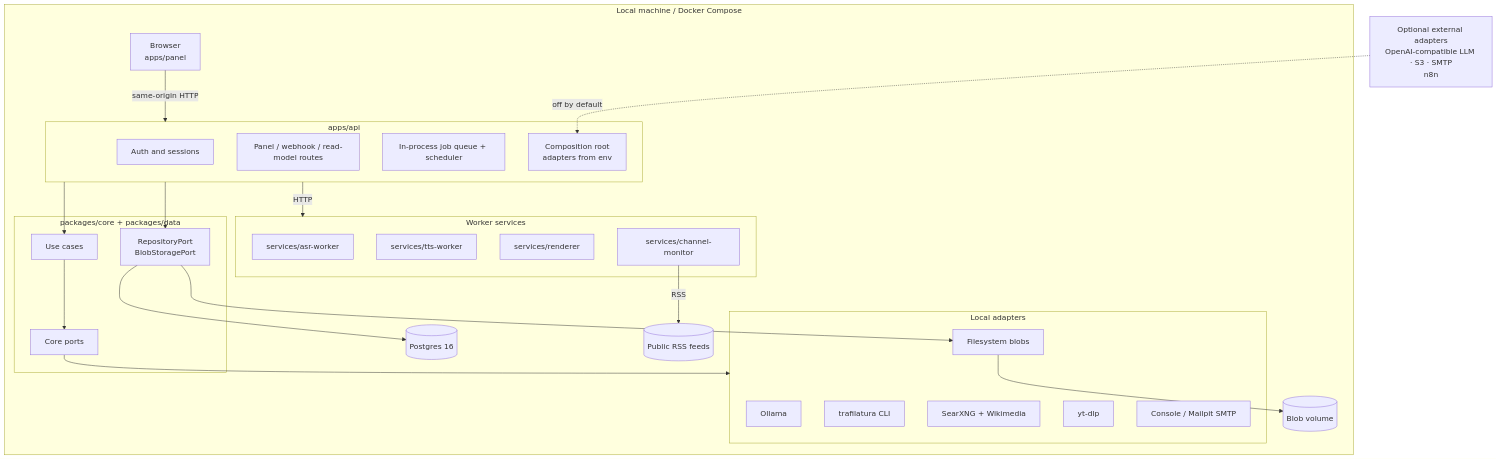
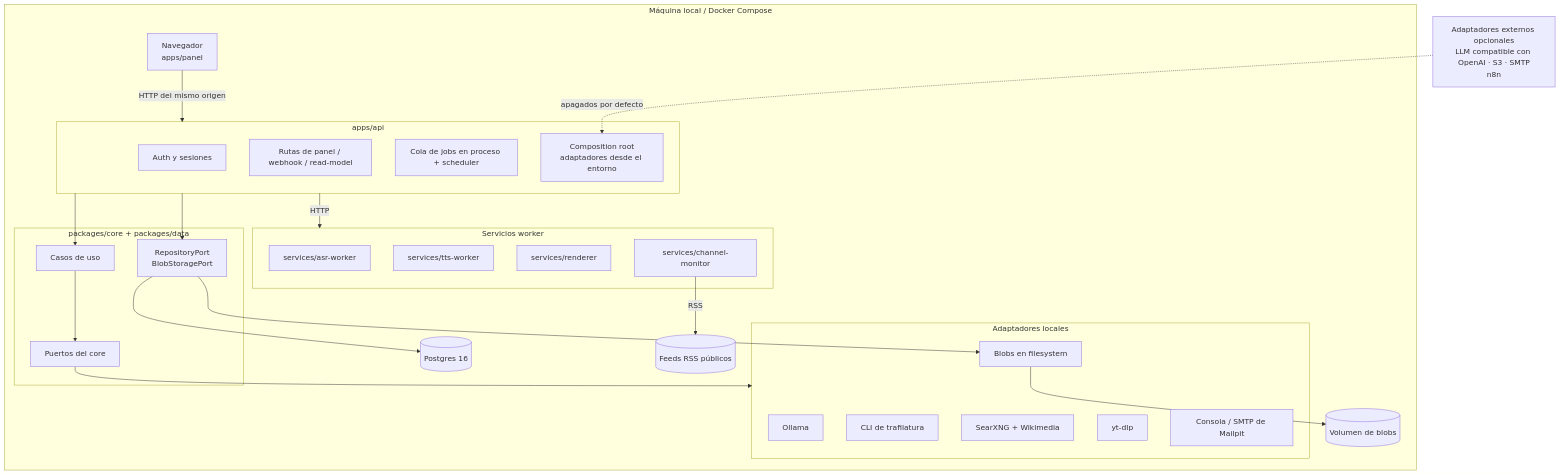
One commit to Eduardo12Pacheco/automatizacion-video-noticias changed the first of 2 diagrams in docs/ARCHITECTURE.md. Above: the diagram before and after it, drawn with Mermaid. The commit also changed other lines of this file and 23 other files, not shown here.

````diff
--- a/docs/ARCHITECTURE.md
+++ b/docs/ARCHITECTURE.md
@@ -22,51 +23,51 @@
 ```mermaid
 flowchart TB
-    subgraph Host["Local machine / Docker Compose"]
-        Browser["Browser<br/>apps/panel"]
+    subgraph Host["Máquina local / Docker Compose"]
+        Browser["Navegador<br/>apps/panel"]
 
         subgraph API["apps/api"]
-            Auth["Auth and sessions"]
-            Routes["Panel / webhook / read-model routes"]
-            Queue["In-process job queue + scheduler"]
-            Composition["Composition root<br/>adapters from env"]
+            Auth["Auth y sesiones"]
+            Routes["Rutas de panel / webhook / read-model"]
+            Queue["Cola de jobs en proceso + scheduler"]
+            Composition["Composition root<br/>adaptadores desde el entorno"]
         end
 
         subgraph Domain["packages/core + packages/data"]
-            UseCases["Use cases"]
-            CorePorts["Core ports"]
+            UseCases["Casos de uso"]
+            CorePorts["Puertos del core"]
             DataPorts["RepositoryPort<br/>BlobStoragePort"]
         end
 
-        subgraph Local["Local adapters"]
+        subgraph Local["Adaptadores locales"]
             Ollama["Ollama"]
-            Trafilatura["trafilatura CLI"]
+            Trafilatura["CLI de trafilatura"]
             Searx["SearXNG + Wikimedia"]
-            FS["Filesystem blobs"]
+            FS["Blobs en filesystem"]
             YtDlp["yt-dlp"]
-            SMTP["Console / Mailpit SMTP"]
+            SMTP["Consola / SMTP de Mailpit"]
         end
 
-        subgraph Workers["Worker services"]
+        subgraph Workers["Servicios worker"]
             ASR["services/asr-worker"]
             TTS["services/tts-worker"]
             Renderer["services/renderer"]
             Monitor["services/channel-monitor"]
         end
 
         PG[("Postgres 16")]
-        Blobs[("Blob volume")]
+        Blobs[("Volumen de blobs")]
 
-        Browser -->|"same-origin HTTP"| API
+        Browser -->|"HTTP del mismo origen"| API
         API --> UseCases
         UseCases --> CorePorts
         API --> DataPorts
         CorePorts --> Local
         DataPorts --> PG
         DataPorts --> FS
         FS --> Blobs
         API -->|"HTTP"| Workers
-        Monitor -->|"RSS"| Internet[("Public RSS feeds")]
+        Monitor -->|"RSS"| Internet[("Feeds RSS públicos")]
     end
 
-    External["Optional external adapters<br/>OpenAI-compatible LLM · S3 · SMTP<br/>n8n"] -.->|"off by default"| Composition
+    External["Adaptadores externos opcionales<br/>LLM compatible con OpenAI · S3 · SMTP<br/>n8n"] -.->|"apagados por defecto"| Composition
 ```
````
